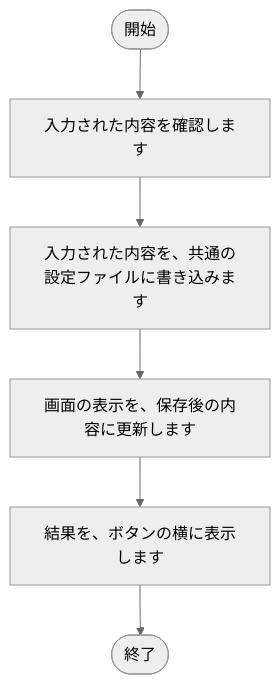
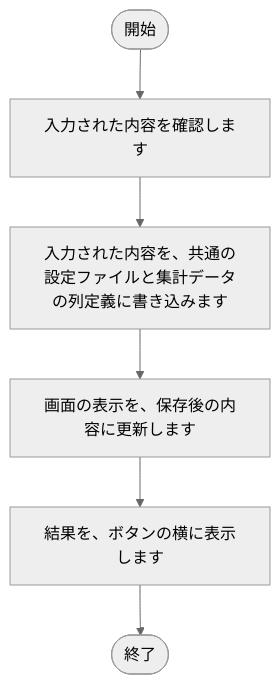
Before and after one commit to nishida2073/project_management: the eighth of 24 diagrams in tool/kintone-aggregator/doc/02_設計/処理フロー.md, drawn with Mermaid (neutral theme). The commit also changed other lines of this file and 16 other files, not shown here.

````diff
--- a/tool/kintone-aggregator/doc/02_設計/処理フロー.md
+++ b/tool/kintone-aggregator/doc/02_設計/処理フロー.md
@@ -239,14 +228,14 @@
 ```mermaid
 flowchart TD
     S(["開始"])
     E(["終了"])
     N1["入力された内容を確認します"]
     S --> N1
-    N2["入力された内容を、共通の設定ファイルに書き込みます"]
+    N2["入力された内容を、共通の設定ファイルと集計データの列定義に書き込みます"]
     N1 --> N2
     N3["画面の表示を、保存後の内容に更新します"]
     N2 --> N3
     N4["結果を、ボタンの横に表示します"]
     N3 --> N4
     N4 --> E
 ```
````
